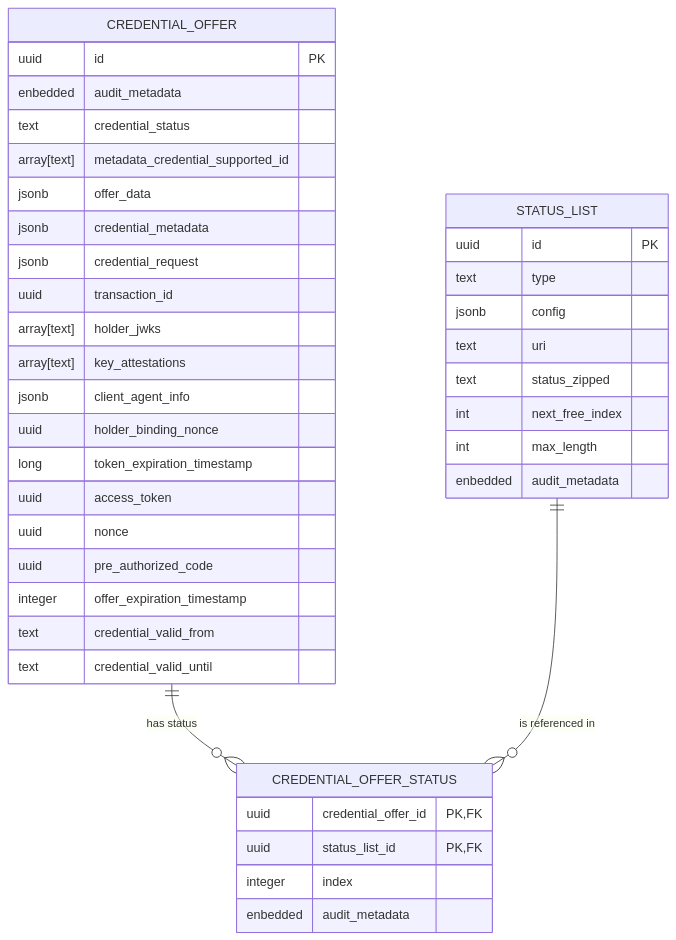
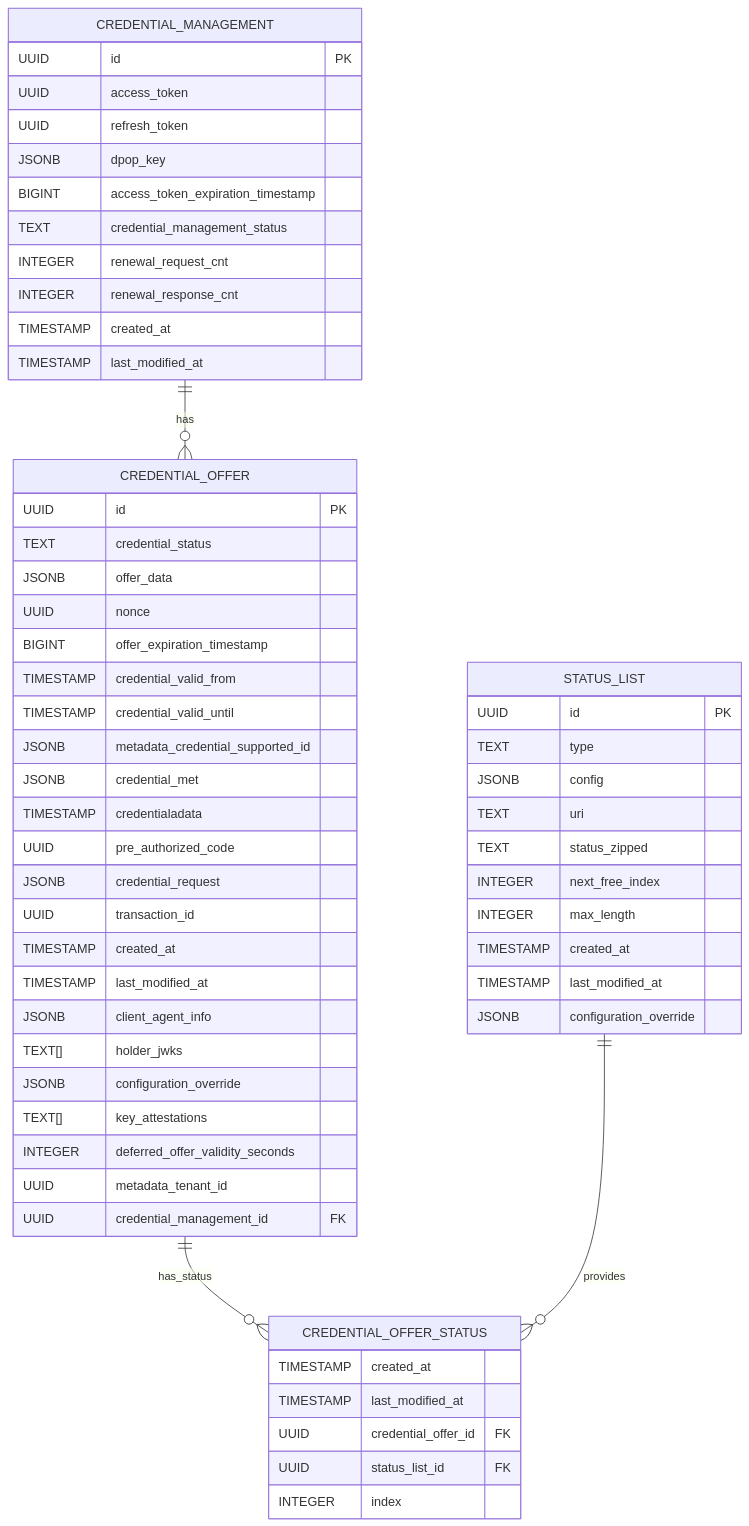
One commit to swiyu-admin-ch/swiyu-issuer changed the third of 6 diagrams in README.md. Above: the diagram before and after it, drawn with Mermaid. The commit also changed other lines of this file and 2 other files, not shown here.

Commit message:
fix(EIDOMNI-292): fix documentation and revoked finding

````diff
--- a/README.md
+++ b/README.md
@@ -520,45 +520,65 @@
 ```mermaid
 erDiagram
+    CREDENTIAL_MANAGEMENT {
+        UUID id PK
+        UUID access_token
+        UUID refresh_token
+        JSONB dpop_key
+        BIGINT access_token_expiration_timestamp
+        TEXT credential_management_status
+        INTEGER renewal_request_cnt
+        INTEGER renewal_response_cnt
+        TIMESTAMP created_at
+        TIMESTAMP last_modified_at
+    }
+
     CREDENTIAL_OFFER {
-        uuid id PK
-        enbedded audit_metadata
-        text credential_status
-        array[text] metadata_credential_supported_id
-        jsonb offer_data
-        jsonb credential_metadata
-        jsonb credential_request
-        uuid transaction_id
-        array[text] holder_jwks
-        array[text] key_attestations
-        jsonb client_agent_info
-        uuid holder_binding_nonce
-        long token_expiration_timestamp
-        uuid access_token
-        uuid nonce
-        uuid pre_authorized_code
-        integer offer_expiration_timestamp
-        text credential_valid_from
-        text credential_valid_until
+        UUID id PK
+        TEXT credential_status
+        JSONB offer_data
+        UUID nonce
+        BIGINT offer_expiration_timestamp
+        TIMESTAMP credential_valid_from
+        TIMESTAMP credential_valid_until
+        JSONB metadata_credential_supported_id
+        JSONB credential_met
+        TIMESTAMP credentialadata
+        UUID pre_authorized_code
+        JSONB credential_request
+        UUID transaction_id
+        TIMESTAMP created_at
+        TIMESTAMP last_modified_at
+        JSONB client_agent_info
+        TEXT[] holder_jwks
+        JSONB configuration_override
+        TEXT[] key_attestations
+        INTEGER deferred_offer_validity_seconds
+        UUID metadata_tenant_id
+        UUID credential_management_id FK
     }
 
     CREDENTIAL_OFFER_STATUS {
-        uuid credential_offer_id PK, FK
-        uuid status_list_id PK, FK
-        integer index
-        enbedded audit_metadata
+        TIMESTAMP created_at
+        TIMESTAMP last_modified_at
+        UUID credential_offer_id FK
+        UUID status_list_id FK
+        INTEGER index
     }
 
     STATUS_LIST {
-        uuid id PK
-        text type
-        jsonb config
-        text uri
-        text status_zipped
-        int next_free_index
-        int max_length
-        enbedded audit_metadata
+        UUID id PK
+        TEXT type
+        JSONB config
+        TEXT uri
+        TEXT status_zipped
+        INTEGER next_free_index
+        INTEGER max_length
+        TIMESTAMP created_at
+        TIMESTAMP last_modified_at
+        JSONB configuration_override
     }
 
-    CREDENTIAL_OFFER one to many CREDENTIAL_OFFER_STATUS: "has status"
-    STATUS_LIST one to many CREDENTIAL_OFFER_STATUS: "is referenced in"
+    CREDENTIAL_MANAGEMENT ||--o{ CREDENTIAL_OFFER : "has"
+    CREDENTIAL_OFFER ||--o{ CREDENTIAL_OFFER_STATUS : "has_status"
+    STATUS_LIST ||--o{ CREDENTIAL_OFFER_STATUS : "provides"
 ```
````
